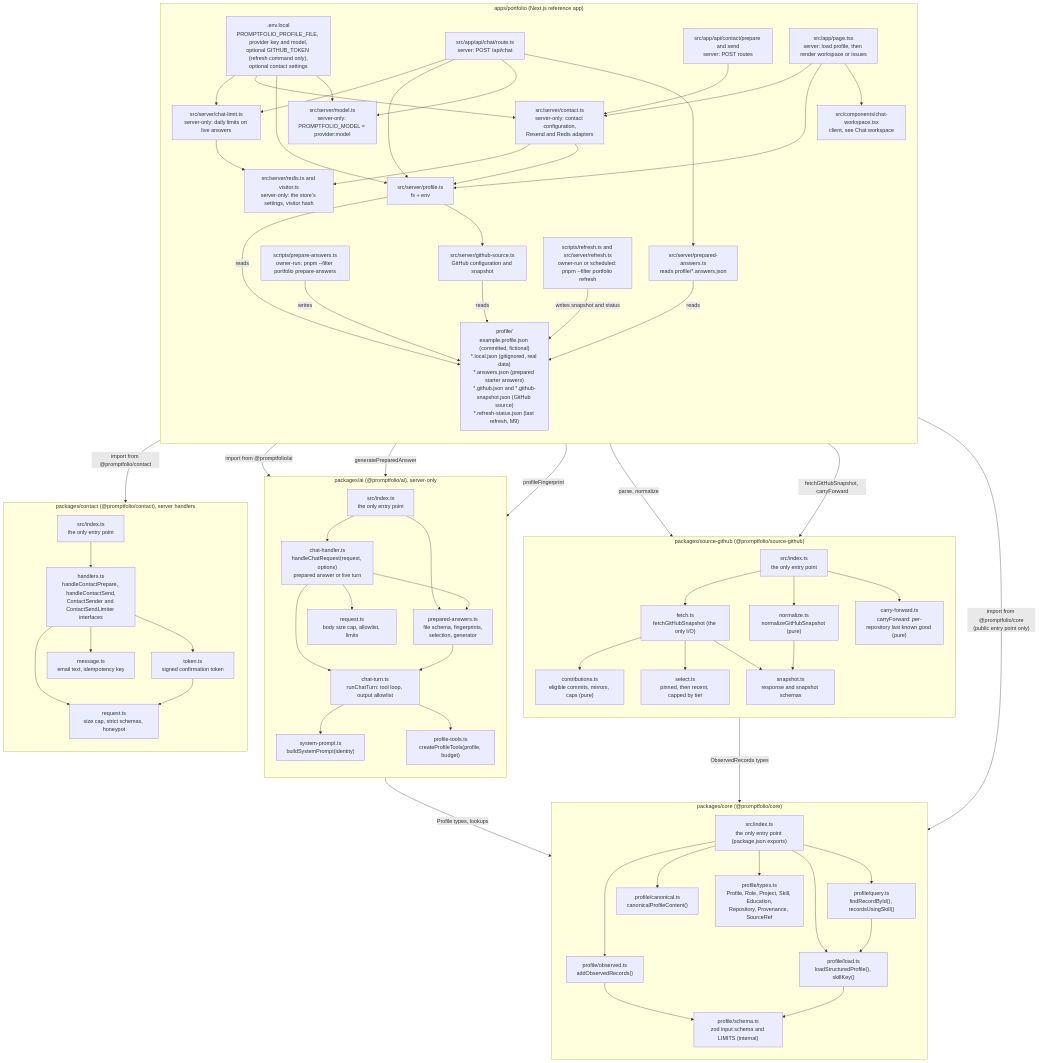
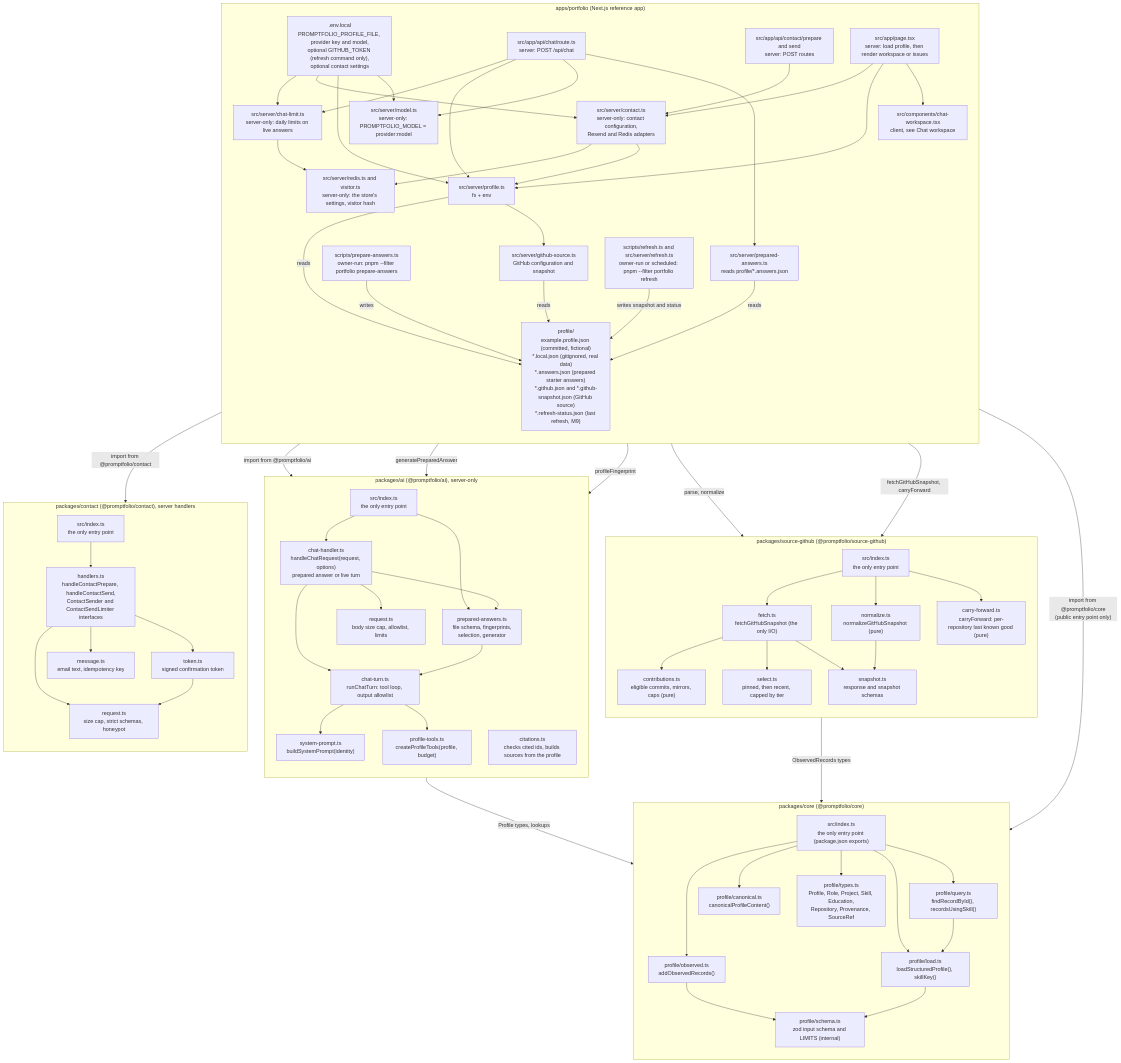
One commit to promptfolios/promptfolio changed the first of 7 diagrams in docs/ARCHITECTURE.md. Above: the diagram before and after it, drawn with Mermaid. The commit also changed other lines of this file and 2 other files, not shown here.

Commit message:
docs: record the M11.2 results and update the architecture

```diff
--- a/docs/ARCHITECTURE.md
+++ b/docs/ARCHITECTURE.md
@@ -75,6 +75,7 @@
         request["request.ts<br/>body size cap, allowlist, limits"]
         prompt["system-prompt.ts<br/>buildSystemPrompt(identity)"]
         tools["profile-tools.ts<br/>createProfileTools(profile, budget)"]
+        citations["citations.ts<br/>checks cited ids, builds sources from the profile"]
         aiIndex --> handler
         aiIndex --> prepared
         handler --> request
```
